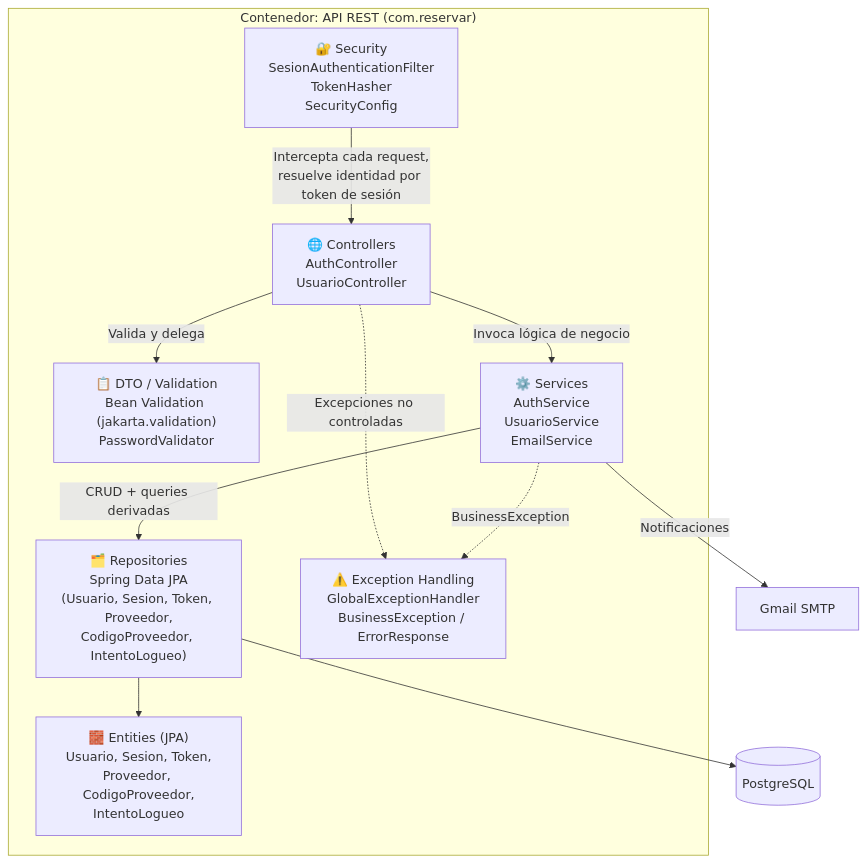
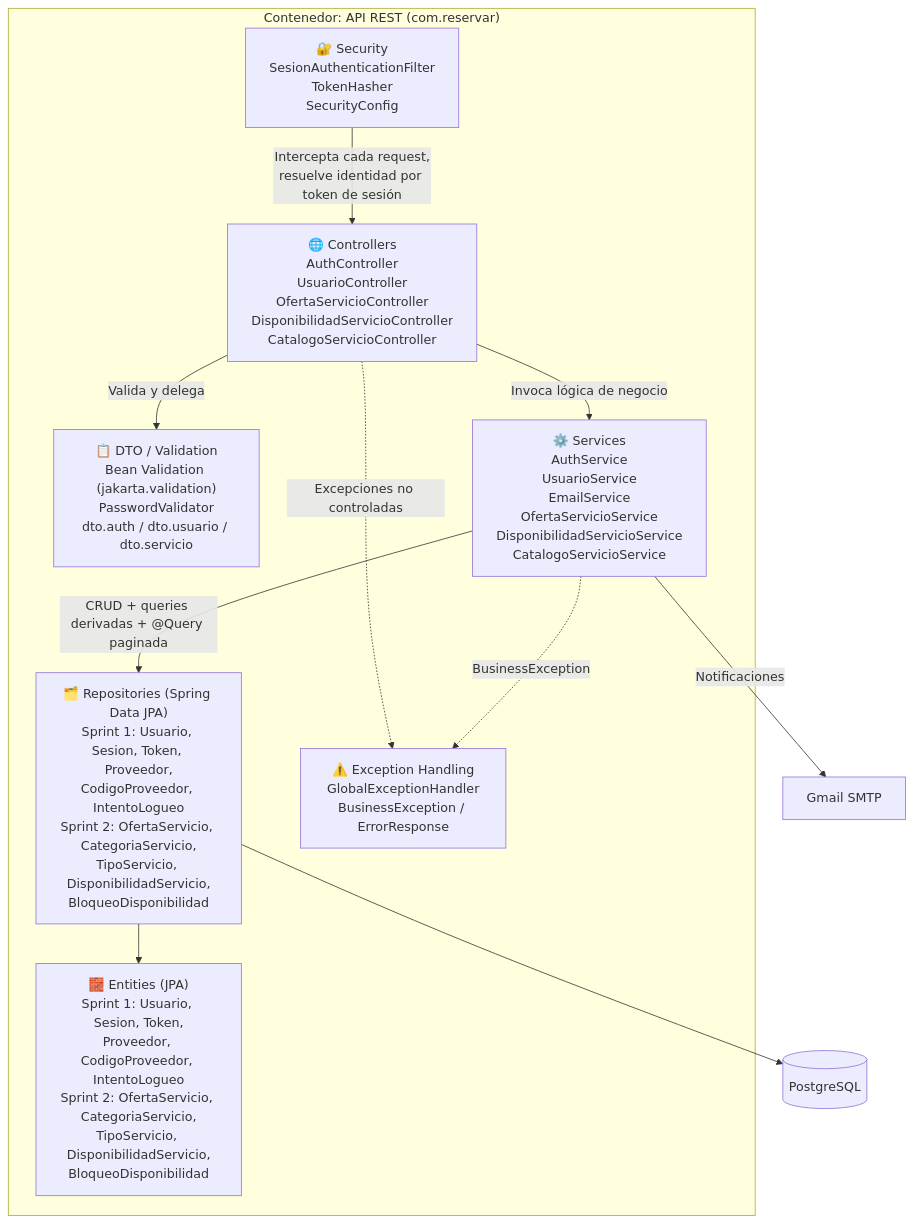
Before and after one commit to FabricaEscuela20262-EAV09/FabricaEscuela202602_EAV09: the third of 5 diagrams in README.md, drawn with Mermaid. The commit also changed other lines of this file, not shown here.

First line of the commit message:
Revise README for Sprint 2 updates and features

````diff
--- a/README.md
+++ b/README.md
@@ -79,25 +81,25 @@
 ```mermaid
 graph TD
     subgraph API["Contenedor: API REST (com.reservar)"]
         Sec["🔐 Security<br/>SesionAuthenticationFilter<br/>TokenHasher<br/>SecurityConfig"]
-        Ctrl["🌐 Controllers<br/>AuthController<br/>UsuarioController"]
-        DTO["📋 DTO / Validation<br/>Bean Validation (jakarta.validation)<br/>PasswordValidator"]
-        Svc["⚙️ Services<br/>AuthService<br/>UsuarioService<br/>EmailService"]
-        Repo["🗂️ Repositories<br/>Spring Data JPA<br/>(Usuario, Sesion, Token, Proveedor,<br/>CodigoProveedor, IntentoLogueo)"]
-        Ent["🧱 Entities (JPA)<br/>Usuario, Sesion, Token,<br/>Proveedor, CodigoProveedor,<br/>IntentoLogueo"]
+        Ctrl["🌐 Controllers<br/>AuthController<br/>UsuarioController<br/>OfertaServicioController<br/>DisponibilidadServicioController<br/>CatalogoServicioController"]
+        DTO["📋 DTO / Validation<br/>Bean Validation (jakarta.validation)<br/>PasswordValidator<br/>dto.auth / dto.usuario / dto.servicio"]
+        Svc["⚙️ Services<br/>AuthService<br/>UsuarioService<br/>EmailService<br/>OfertaServicioService<br/>DisponibilidadServicioService<br/>CatalogoServicioService"]
+        Repo["🗂️ Repositories (Spring Data JPA)<br/>Sprint 1: Usuario, Sesion, Token, Proveedor,<br/>CodigoProveedor, IntentoLogueo<br/>Sprint 2: OfertaServicio, CategoriaServicio,<br/>TipoServicio, DisponibilidadServicio,<br/>BloqueoDisponibilidad"]
+        Ent["🧱 Entities (JPA)<br/>Sprint 1: Usuario, Sesion, Token,<br/>Proveedor, CodigoProveedor, IntentoLogueo<br/>Sprint 2: OfertaServicio, CategoriaServicio,<br/>TipoServicio, DisponibilidadServicio,<br/>BloqueoDisponibilidad"]
         Exc["⚠️ Exception Handling<br/>GlobalExceptionHandler<br/>BusinessException / ErrorResponse"]
     end
-
+ 
     BD[("PostgreSQL")]
     Correo["Gmail SMTP"]
-
+ 
     Sec -->|"Intercepta cada request,<br/>resuelve identidad por token de sesión"| Ctrl
     Ctrl -->|"Valida y delega"| DTO
     Ctrl -->|"Invoca lógica de negocio"| Svc
-    Svc -->|"CRUD + queries derivadas"| Repo
+    Svc -->|"CRUD + queries derivadas + @Query paginada"| Repo
     Repo --> Ent
     Repo --> BD
     Svc -->|"Notificaciones"| Correo
     Ctrl -.->|"Excepciones no controladas"| Exc
     Svc -.->|"BusinessException"| Exc
 ```
````
